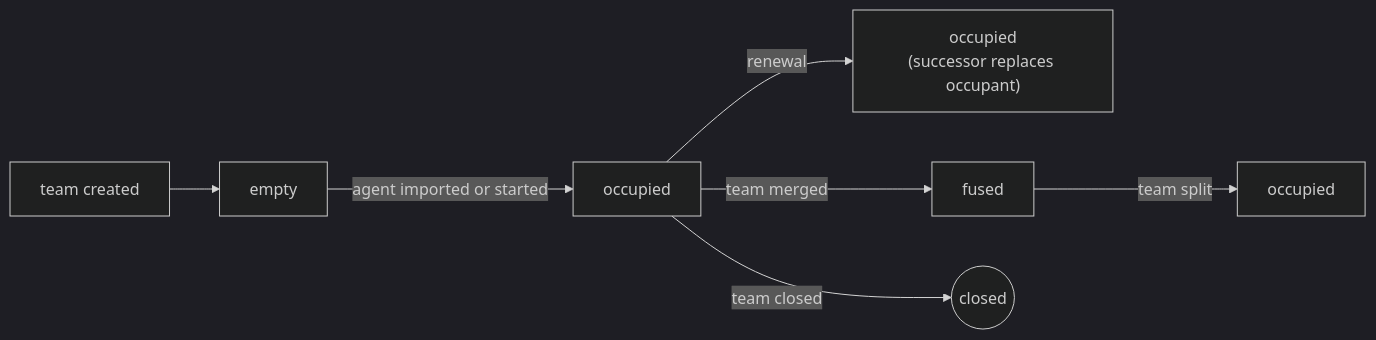
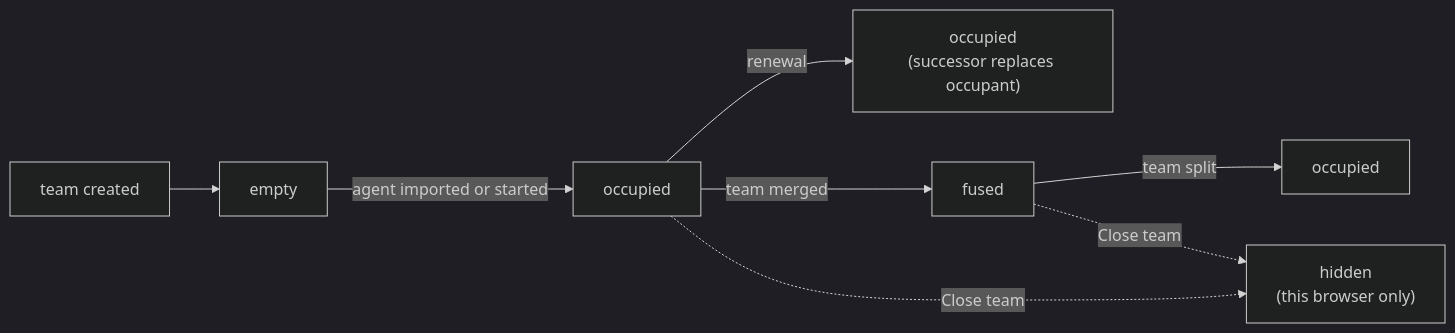
Diagram 13 of 17 in docs/product/loops.md (infimalabs/spice-rust), drawn with Mermaid (dark theme) before and after one commit. The commit also changed other lines of this file and 71 other files, not shown here.

````diff
--- a/docs/product/loops.md
+++ b/docs/product/loops.md
@@ -210,9 +344,10 @@
 ```mermaid
 flowchart LR
   C["team created"] --> E["empty"]
   E -->|"agent imported or started"| O["occupied"]
   O -->|"renewal"| OR["occupied<br/>(successor replaces occupant)"]
   O -->|"team merged"| F["fused"]
   F -->|"team split"| OS["occupied"]
-  O -->|"team closed"| X(("closed"))
+  O -.->|"Close team"| H["hidden<br/>(this browser only)"]
+  F -.->|"Close team"| H
 ```
````
